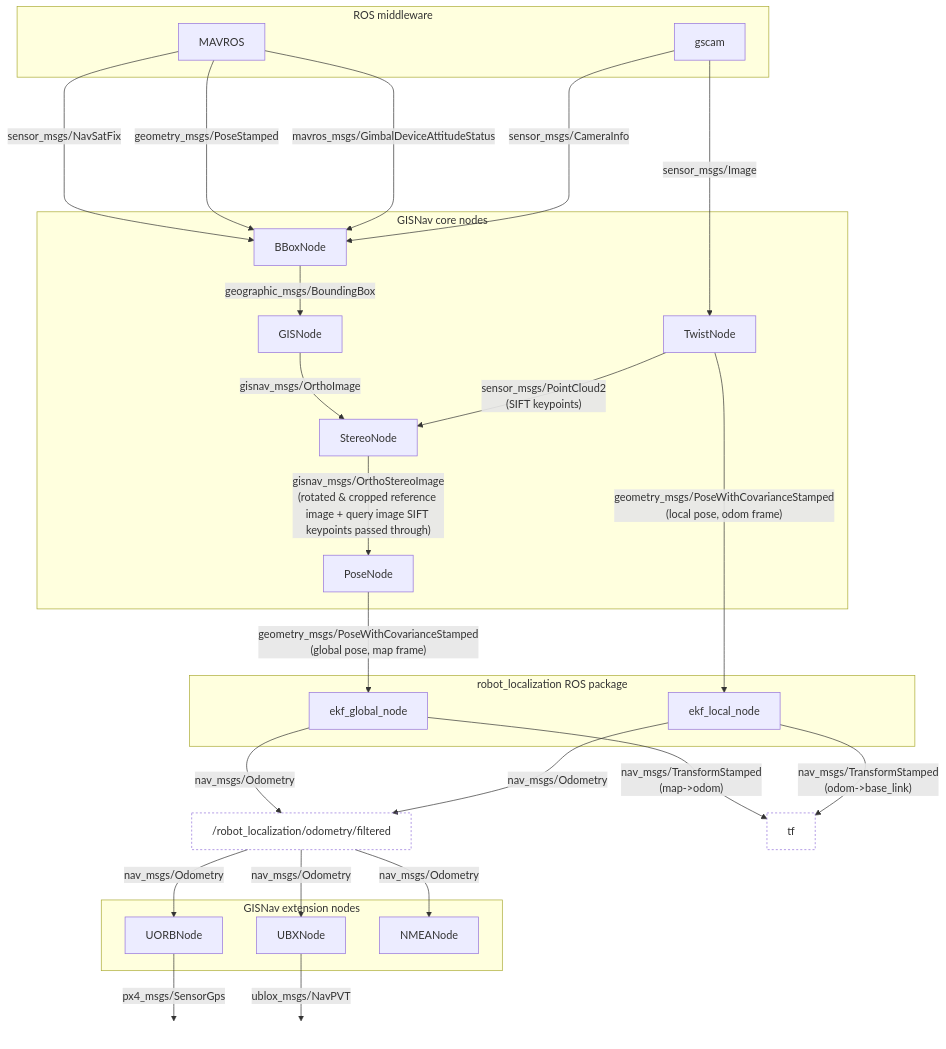
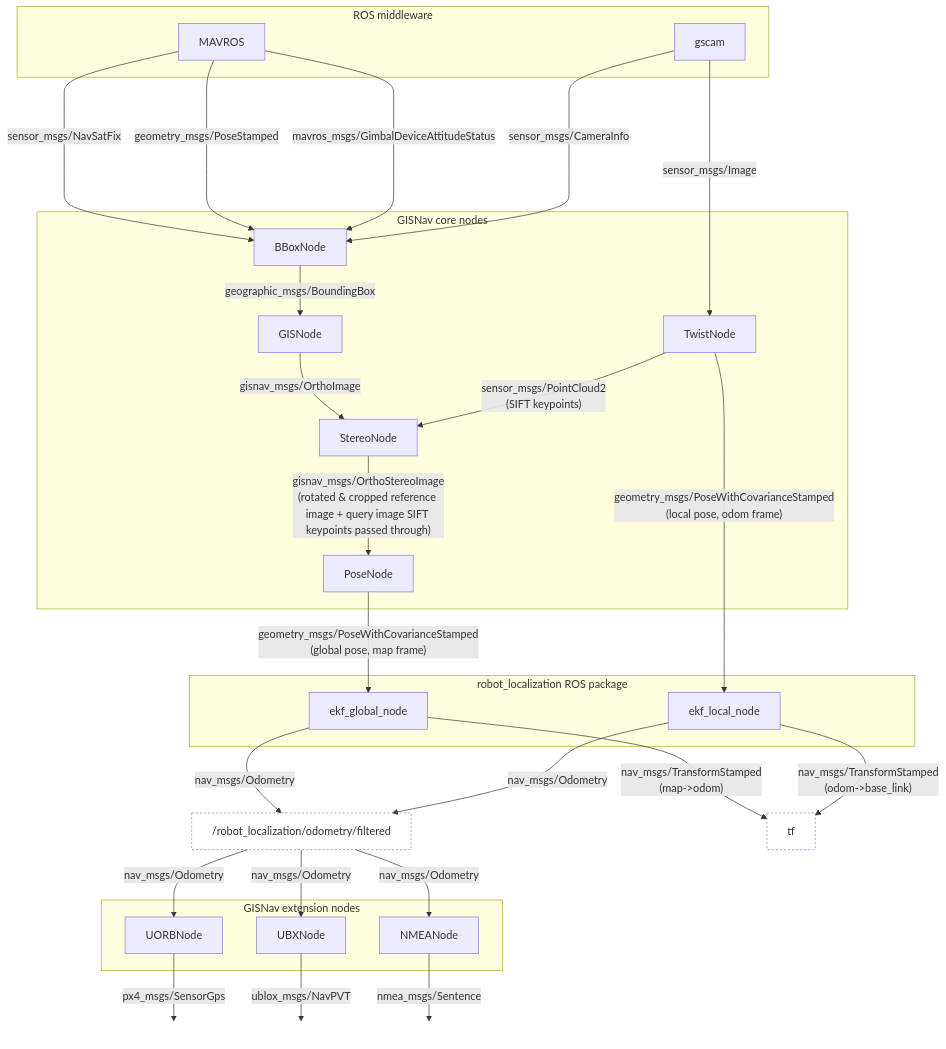
Before and after one commit to hmakelin/gisnav: the first of 3 diagrams in docs/vitepress/docs/system-architecture.md, drawn with Mermaid. The commit also changed other lines of this file and 4 other files, not shown here.

````diff
--- a/docs/vitepress/docs/system-architecture.md
+++ b/docs/vitepress/docs/system-architecture.md
@@ -13,51 +13,53 @@
 ```mermaid
 graph TB
     subgraph ros_middleware["ROS middleware"]
         MAVROS
         gscam
     end
 
     MAVROS -->|"sensor_msgs/NavSatFix"| BBoxNode
     MAVROS -->|"geometry_msgs/PoseStamped"| BBoxNode
     MAVROS -->|"mavros_msgs/GimbalDeviceAttitudeStatus"| BBoxNode
     gscam ---->|"sensor_msgs/CameraInfo"| BBoxNode
     gscam ---->|"sensor_msgs/Image"| TwistNode
 
     subgraph core["GISNav core nodes"]
         BBoxNode -->|"geographic_msgs/BoundingBox"| GISNode
         GISNode -->|"gisnav_msgs/OrthoImage"| StereoNode
         StereoNode -->|"gisnav_msgs/OrthoStereoImage\n(rotated & cropped reference image + query image SIFT keypoints passed through)"| PoseNode
         TwistNode -->|"sensor_msgs/PointCloud2\n(SIFT keypoints)"| StereoNode
     end
 
     subgraph extension["GISNav extension nodes"]
         UBXNode["UBXNode"]
         UORBNode["UORBNode"]
         NMEANode["NMEANode"]
     end
 
     odometry["/robot_localization/odometry/filtered"] -->|"nav_msgs/Odometry"| UORBNode
     odometry -->|"nav_msgs/Odometry"| UBXNode
     odometry -->|"nav_msgs/Odometry"| NMEANode
 
     subgraph robot_localization["robot_localization ROS package"]
         ekf_global_node
         ekf_local_node
     end
     ekf_global_node -->|"nav_msgs/Odometry"| odometry
     ekf_local_node -->|"nav_msgs/Odometry"| odometry
     TwistNode -->|"geometry_msgs/PoseWithCovarianceStamped\n(local pose, odom frame)"| ekf_local_node
 
     PoseNode -->|"geometry_msgs/PoseWithCovarianceStamped\n(global pose, map frame)"| ekf_global_node
     UORBNode -->|"px4_msgs/SensorGps"| micro_ros_agent[" "]
     UBXNode -->|"ublox_msgs/NavPVT"| ubx[" "]
+    NMEANode -->|"nmea_msgs/Sentence"| nmea[" "]
 
     ekf_global_node -->|"nav_msgs/TransformStamped\n(map->odom)"| tf
     ekf_local_node -->|"nav_msgs/TransformStamped\n(odom->base_link)"| tf
 
     style micro_ros_agent fill-opacity:0, stroke-opacity:0;
     style ubx fill-opacity:0, stroke-opacity:0;
+    style nmea fill-opacity:0, stroke-opacity:0;
     style tf fill-opacity:0, stroke-width:1px,stroke-dasharray:3;
     style odometry fill-opacity:0, stroke-width:1px,stroke-dasharray:3;
 
 ```
````
